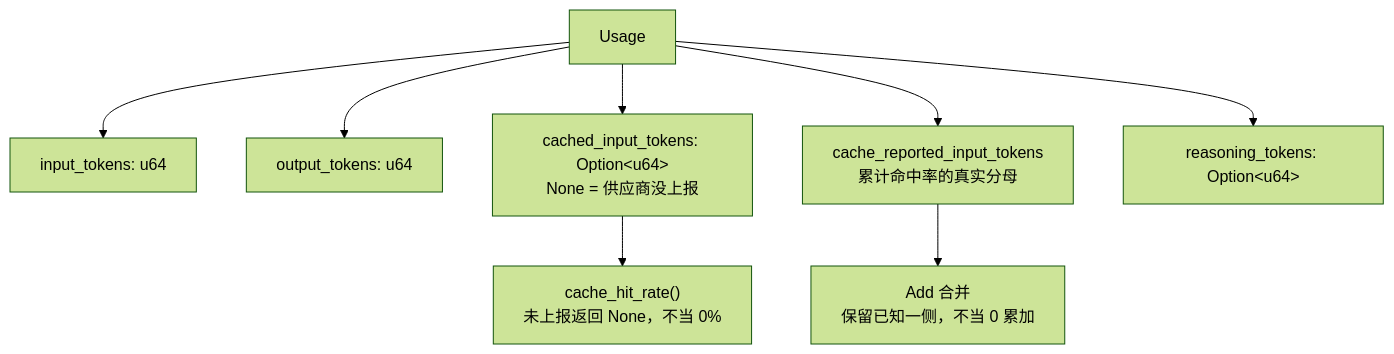
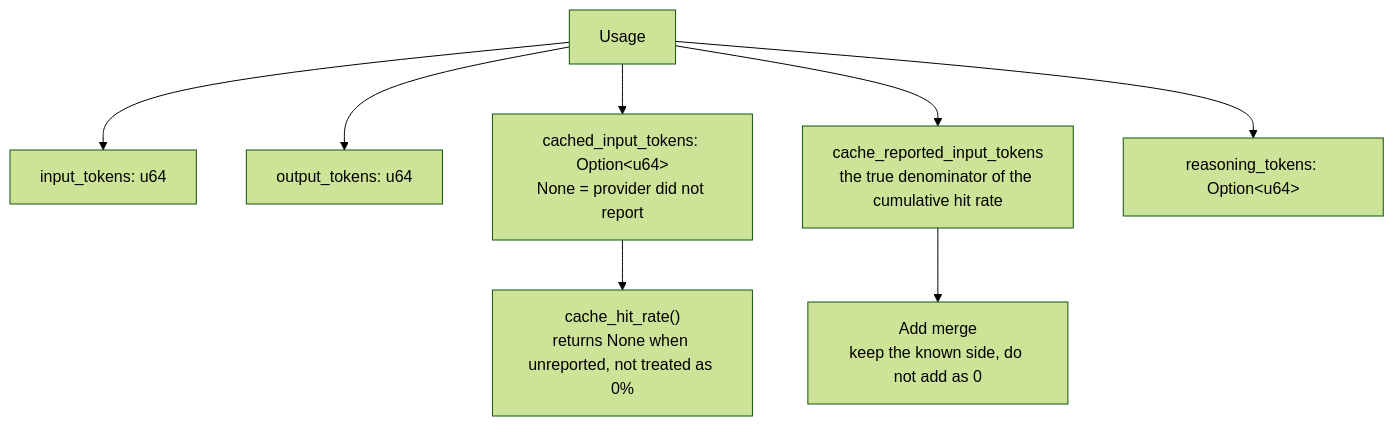
The fifth of 9 diagrams in docs/architecture.md (Seann0824/Shirley), drawn with Mermaid (forest theme) before and after one commit. The commit also changed other lines of this file and 131 other files, not shown here.

````diff
--- a/docs/architecture.md
+++ b/docs/architecture.md
@@ -116,11 +116,11 @@
 ```mermaid
 graph TD
     U["Usage"]
     U --> I["input_tokens: u64"]
     U --> O["output_tokens: u64"]
-    U --> C["cached_input_tokens: Option&lt;u64&gt;<br/>None = 供应商没上报"]
-    U --> R["cache_reported_input_tokens<br/>累计命中率的真实分母"]
+    U --> C["cached_input_tokens: Option&lt;u64&gt;<br/>None = provider did not report"]
+    U --> R["cache_reported_input_tokens<br/>the true denominator of the cumulative hit rate"]
     U --> RT["reasoning_tokens: Option&lt;u64&gt;"]
-    C --> RULE1["cache_hit_rate()<br/>未上报返回 None，不当 0%"]
-    R --> RULE2["Add 合并<br/>保留已知一侧，不当 0 累加"]
+    C --> RULE1["cache_hit_rate()<br/>returns None when unreported, not treated as 0%"]
+    R --> RULE2["Add merge<br/>keep the known side, do not add as 0"]
 ```
````
